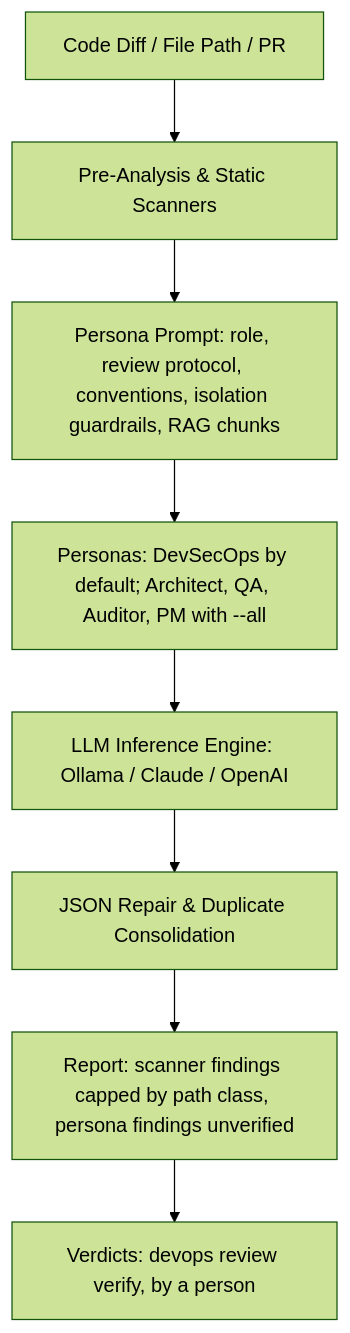
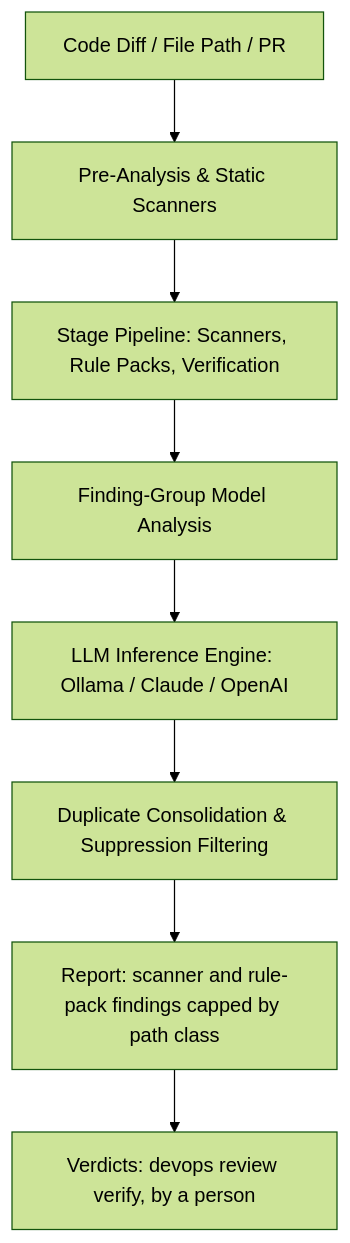
One commit to dan-petty/devops-cli changed the diagram in src/devops_cli/ai/knowledge_base/it_domains/topics/agentic_ai_and_code_reviews.md. Above: the diagram before and after it, drawn with Mermaid (forest theme). The commit also changed other lines of this file and 37 other files, not shown here.

Commit message:
refactor(review): update documentation, delete review.md and obsolete persona references (Closes #1151)

````diff
--- a/src/devops_cli/ai/knowledge_base/it_domains/topics/agentic_ai_and_code_reviews.md
+++ b/src/devops_cli/ai/knowledge_base/it_domains/topics/agentic_ai_and_code_reviews.md
@@ -20,10 +20,10 @@
 ```mermaid
 graph TD
     A[Code Diff / File Path / PR] --> B[Pre-Analysis & Static Scanners]
-    B --> C[Persona Prompt: role, review protocol, conventions, isolation guardrails, RAG chunks]
-    C --> D[Personas: DevSecOps by default; Architect, QA, Auditor, PM with --all]
+    B --> C[Stage Pipeline: Scanners, Rule Packs, Verification]
+    C --> D[Finding-Group Model Analysis]
     D --> E[LLM Inference Engine: Ollama / Claude / OpenAI]
-    E --> F[JSON Repair & Duplicate Consolidation]
-    F --> H[Report: scanner findings capped by path class, persona findings unverified]
+    E --> F[Duplicate Consolidation & Suppression Filtering]
+    F --> H[Report: scanner and rule-pack findings capped by path class]
     H --> I[Verdicts: devops review verify, by a person]
 ```
````
